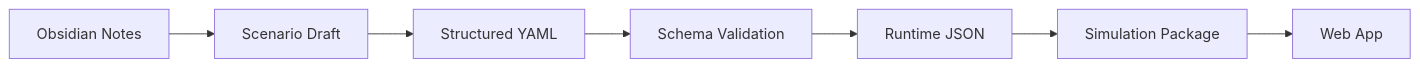
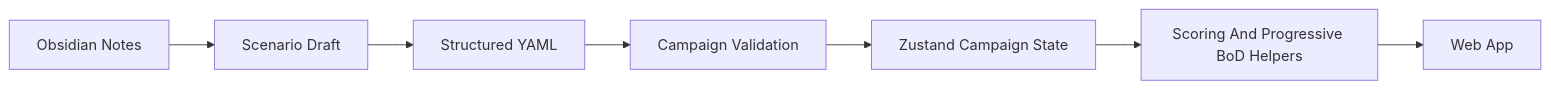
One commit to scds7xdxnd-bit/plant-ops-game changed the diagram in plant-ops-game-vault/04-tech-infrastructure/Repository Structure.md. Above: the diagram before and after it, drawn with Mermaid. The commit also changed other lines of this file and 18 other files, not shown here.

Commit message:
Reconcile mission 3 with progressive campaign

````diff
--- a/plant-ops-game-vault/04-tech-infrastructure/Repository Structure.md
+++ b/plant-ops-game-vault/04-tech-infrastructure/Repository Structure.md
@@ -124,9 +124,9 @@
 ```mermaid
 flowchart LR
   A[Obsidian Notes] --> B[Scenario Draft]
   B --> C[Structured YAML]
-  C --> D[Schema Validation]
-  D --> E[Runtime JSON]
-  E --> F[Simulation Package]
+  C --> D[Campaign Validation]
+  D --> E[Zustand Campaign State]
+  E --> F[Scoring And Progressive BoD Helpers]
   F --> G[Web App]
 ```
````
